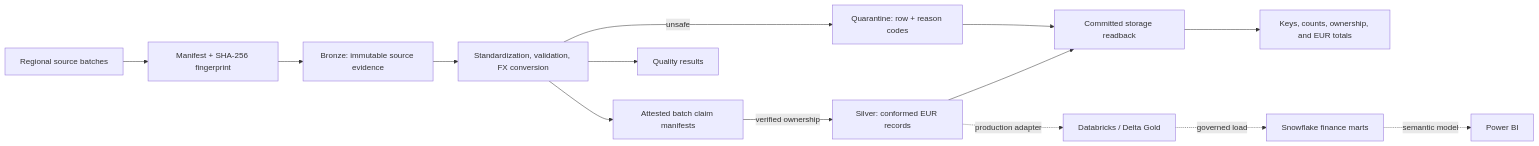
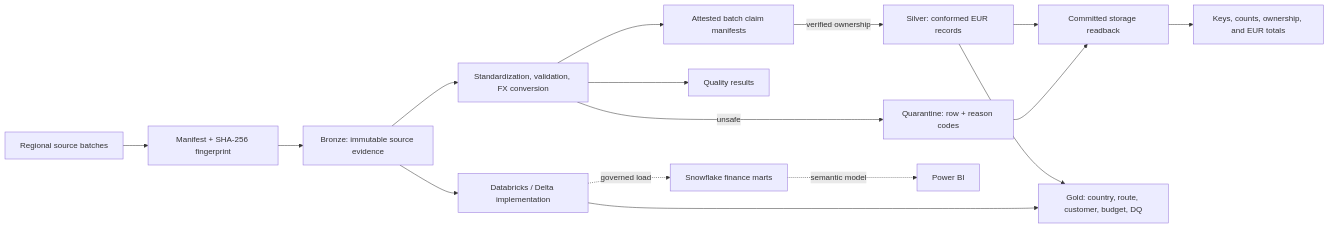
The diagram in README.md (khanbelievable/Libra), drawn with Mermaid before and after one commit. The commit also changed other lines of this file and 21 other files, not shown here.

````diff
--- a/README.md
+++ b/README.md
@@ -33,17 +43,19 @@
 ```mermaid
 flowchart LR
     Sources["Regional source batches"] --> Manifest["Manifest + SHA-256 fingerprint"]
     Manifest --> Bronze["Bronze: immutable source evidence"]
     Bronze --> Rules["Standardization, validation, FX conversion"]
     Rules --> Claims["Attested batch claim manifests"]
     Claims -->|verified ownership| Silver["Silver: conformed EUR records"]
     Rules -->|unsafe| Quarantine["Quarantine: row + reason codes"]
     Rules --> Quality["Quality results"]
     Silver --> Readback["Committed storage readback"]
     Quarantine --> Readback
     Readback --> Reconciliation["Keys, counts, ownership, and EUR totals"]
+    Silver --> Gold["Gold: country, route, customer, budget, DQ"]
 
-    Silver -. production adapter .-> Delta["Databricks / Delta Gold"]
+    Bronze --> Delta["Databricks / Delta implementation"]
+    Delta --> Gold
     Delta -. governed load .-> Snowflake["Snowflake finance marts"]
     Snowflake -. semantic model .-> PowerBI["Power BI"]
 ```
````
